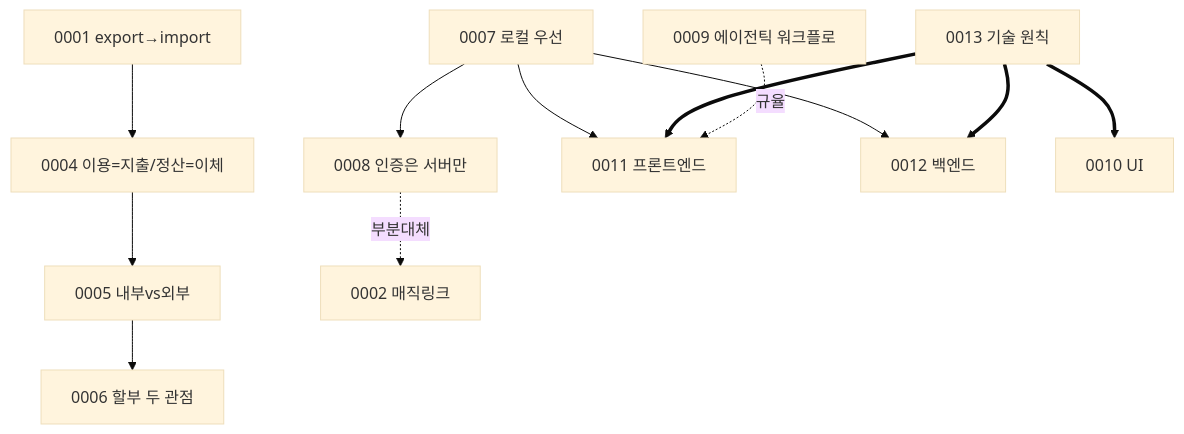
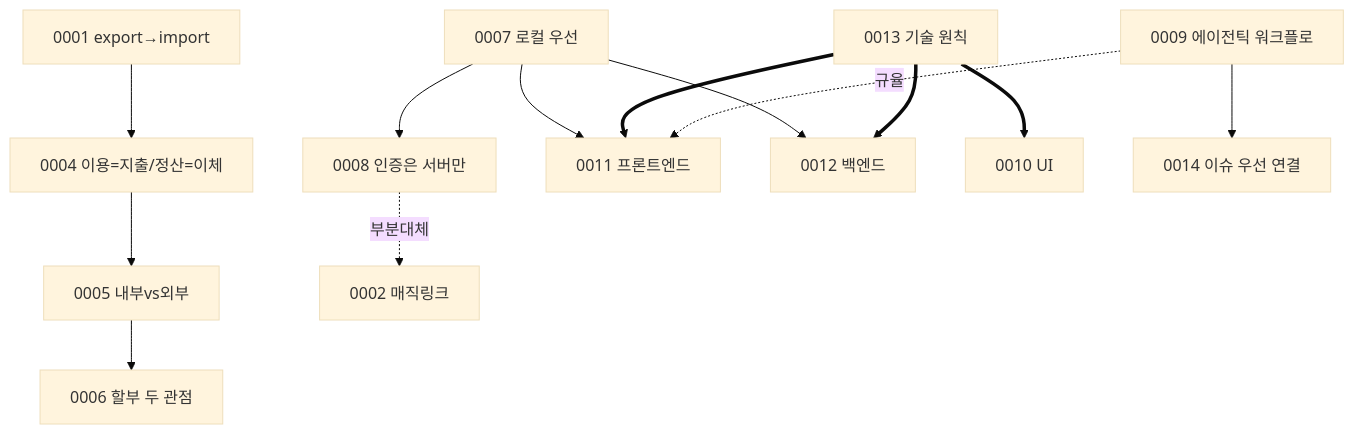
One commit to htcmw/kakebo changed the diagram in docs/decisions/README.md. Above: the diagram before and after it, drawn with Mermaid (base theme). The commit also changed other lines of this file and 6 other files, not shown here.

````diff
--- a/docs/decisions/README.md
+++ b/docs/decisions/README.md
@@ -19,13 +19,14 @@
 ```mermaid
 graph TD
   A1[0001 export→import] --> F4[0004 이용=지출/정산=이체]
   F4 --> F5[0005 내부vs외부] --> F6[0006 할부 두 관점]
   R7[0007 로컬 우선] --> R8[0008 인증은 서버만]
   R7 --> T11[0011 프론트엔드]
   R7 --> T12[0012 백엔드]
   R8 -. 부분대체 .-> R2[0002 매직링크]
   T13[0013 기술 원칙] ==> T10[0010 UI]
   T13 ==> T11
   T13 ==> T12
   M9[0009 에이전틱 워크플로] -. 규율 .-> T11
+  M9 --> M14[0014 이슈 우선 연결]
 ```
````
